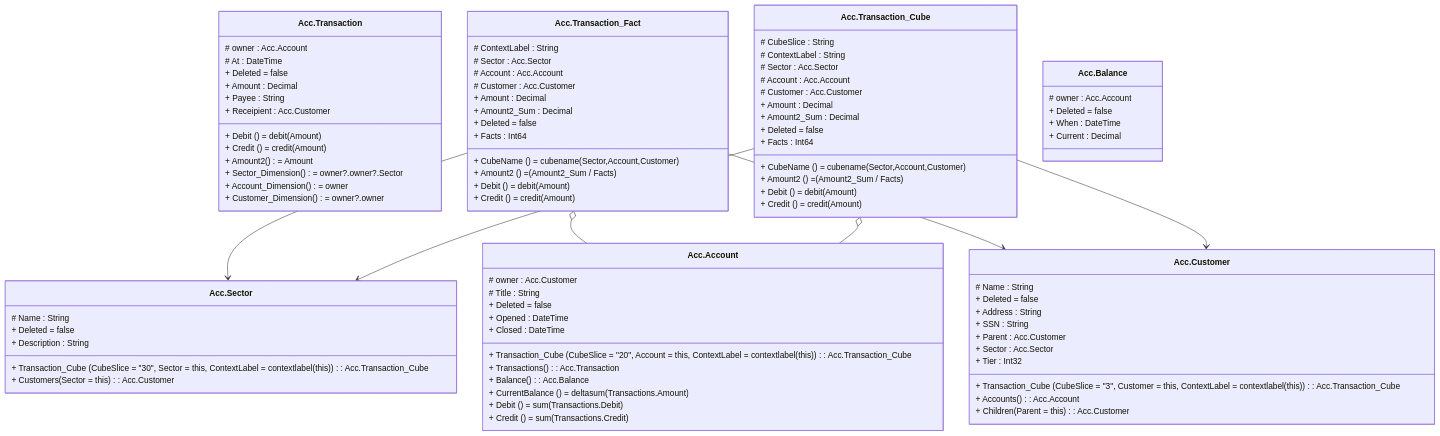
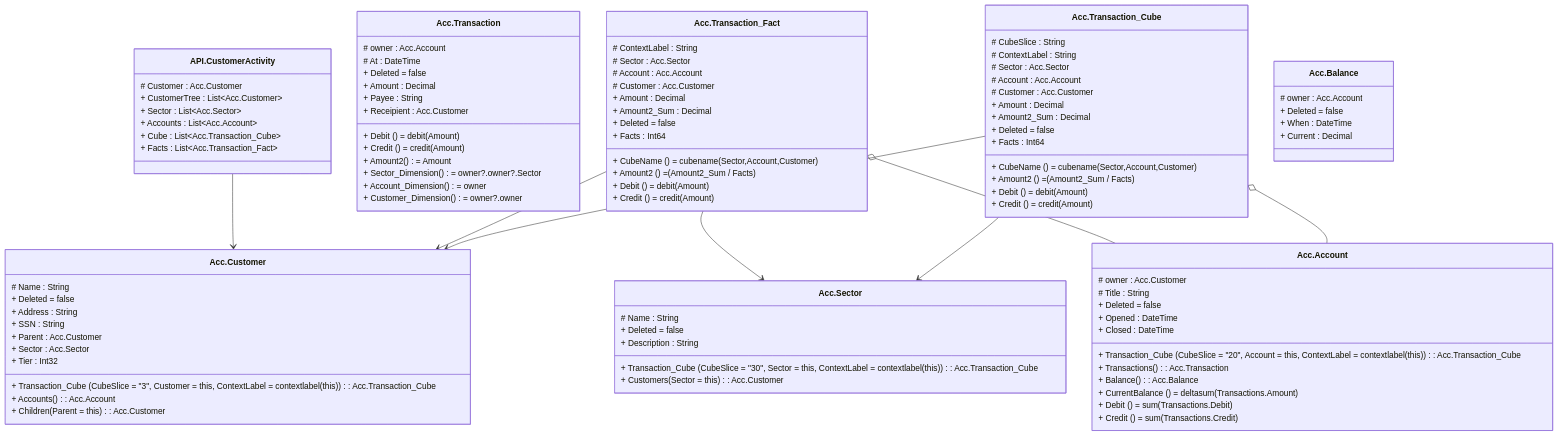
One commit to channell/Hiperspace changed the diagram in examples/Account/Account-physical.md. Above: the diagram before and after it, drawn with Mermaid. The commit also changed other lines of this file and 19 other files, not shown here.

````diff
--- a/examples/Account/Account-physical.md
+++ b/examples/Account/Account-physical.md
@@ -2,5 +2,14 @@
 ```mermaid
 classDiagram
+    class API.CustomerActivity {
+        # Customer  : Acc.Customer
+        + CustomerTree  : List~Acc.Customer~
+        + Sector  : List~Acc.Sector~
+        + Accounts  : List~Acc.Account~
+        + Cube  : List~Acc.Transaction_Cube~
+        + Facts  : List~Acc.Transaction_Fact~
+    }
+    API.CustomerActivity --> Acc.Customer
     class Acc.Sector {
         # Name  : String
         + Deleted  = false
````
